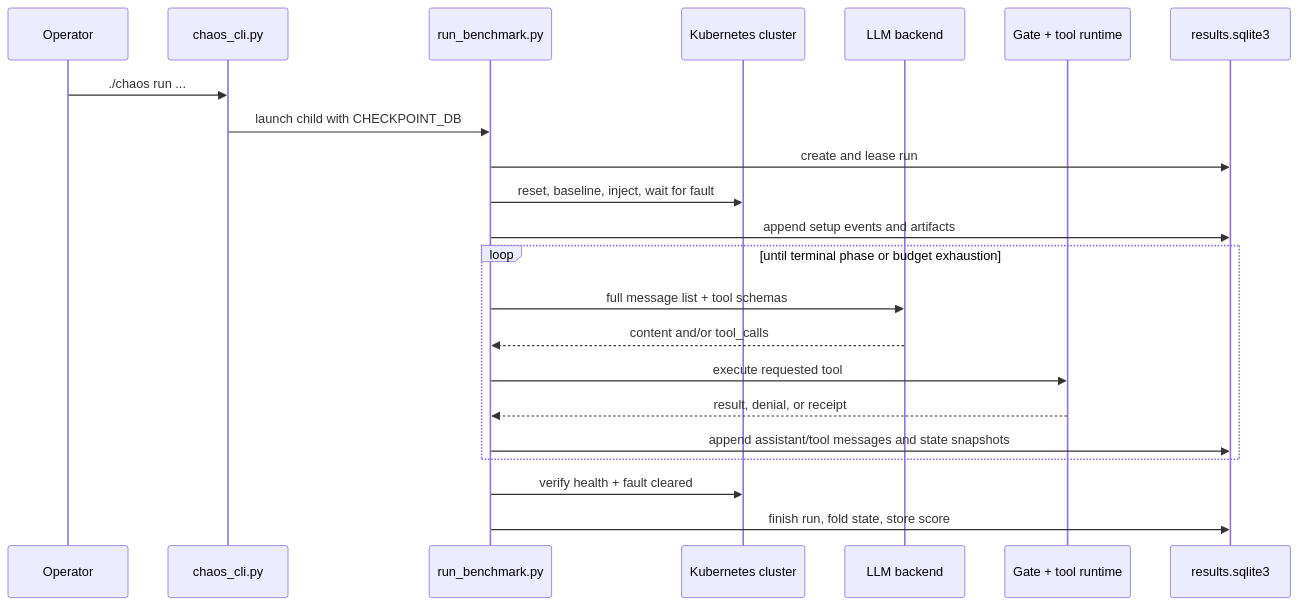
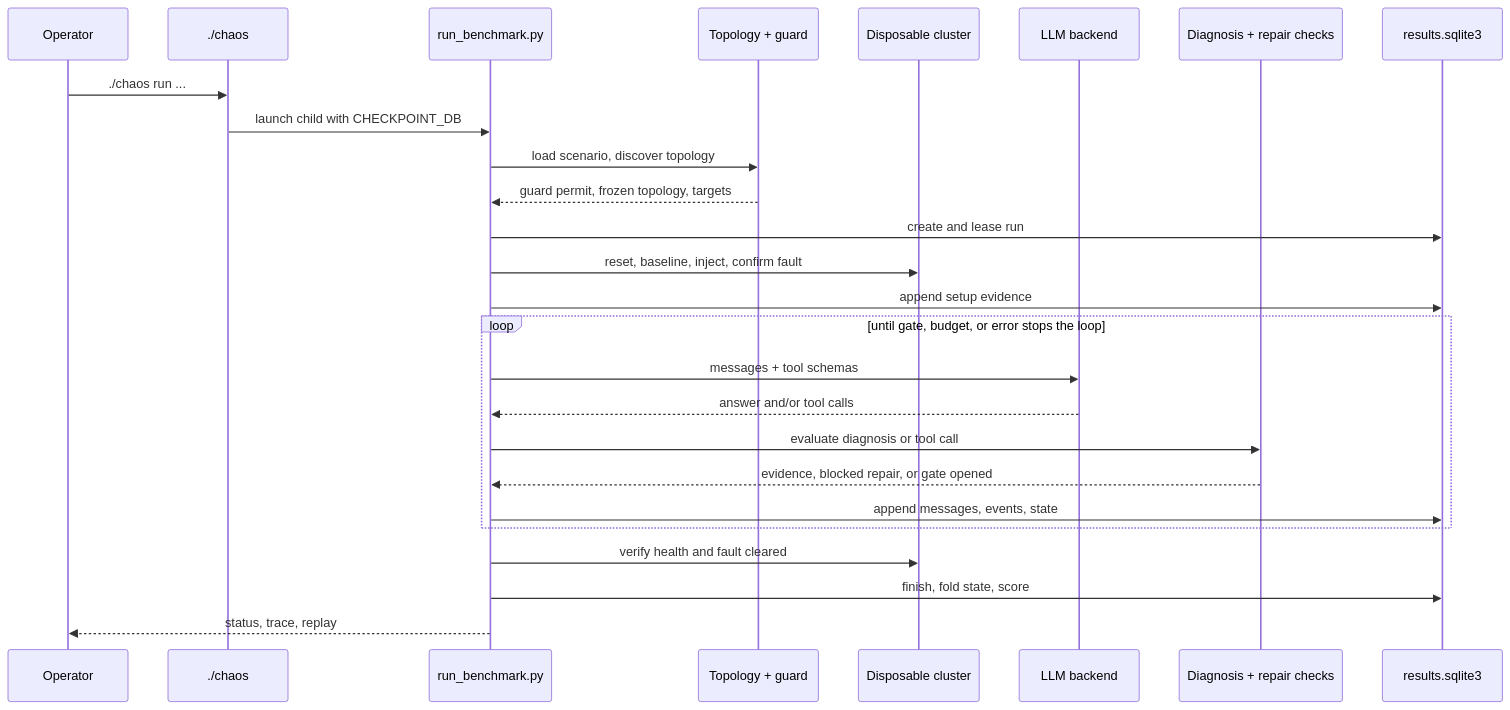
The diagram in docs/call_flow.md (ratulb/k8s-chaos-harness), drawn with Mermaid before and after one commit. The commit also changed other lines of this file and 1 other file, not shown here.

Commit message:
Rewrite call flow guide for operators

````diff
--- a/docs/call_flow.md
+++ b/docs/call_flow.md
@@ -44,25 +47,29 @@
 ```mermaid
 sequenceDiagram
     participant Op as Operator
-    participant CLI as chaos_cli.py
+    participant CLI as ./chaos
     participant Run as run_benchmark.py
-    participant Cluster as Kubernetes cluster
+    participant Guard as Topology + guard
+    participant Cluster as Disposable cluster
     participant LLM as LLM backend
-    participant Gate as Gate + tool runtime
+    participant Check as Diagnosis + repair checks
     participant DB as results.sqlite3
 
     Op->>CLI: ./chaos run ...
     CLI->>Run: launch child with CHECKPOINT_DB
+    Run->>Guard: load scenario, discover topology
+    Guard-->>Run: guard permit, frozen topology, targets
     Run->>DB: create and lease run
-    Run->>Cluster: reset, baseline, inject, wait for fault
-    Run->>DB: append setup events and artifacts
-    loop until terminal phase or budget exhaustion
-        Run->>LLM: full message list + tool schemas
-        LLM-->>Run: content and/or tool_calls
-        Run->>Gate: execute requested tool
-        Gate-->>Run: result, denial, or receipt
-        Run->>DB: append assistant/tool messages and state snapshots
+    Run->>Cluster: reset, baseline, inject, confirm fault
+    Run->>DB: append setup evidence
+    loop until gate, budget, or error stops the loop
+        Run->>LLM: messages + tool schemas
+        LLM-->>Run: answer and/or tool calls
+        Run->>Check: evaluate diagnosis or tool call
+        Check-->>Run: evidence, blocked repair, or gate opened
+        Run->>DB: append messages, events, state
     end
-    Run->>Cluster: verify health + fault cleared
-    Run->>DB: finish run, fold state, store score
+    Run->>Cluster: verify health and fault cleared
+    Run->>DB: finish, fold state, score
+    Run-->>Op: status, trace, replay
 ```
````
